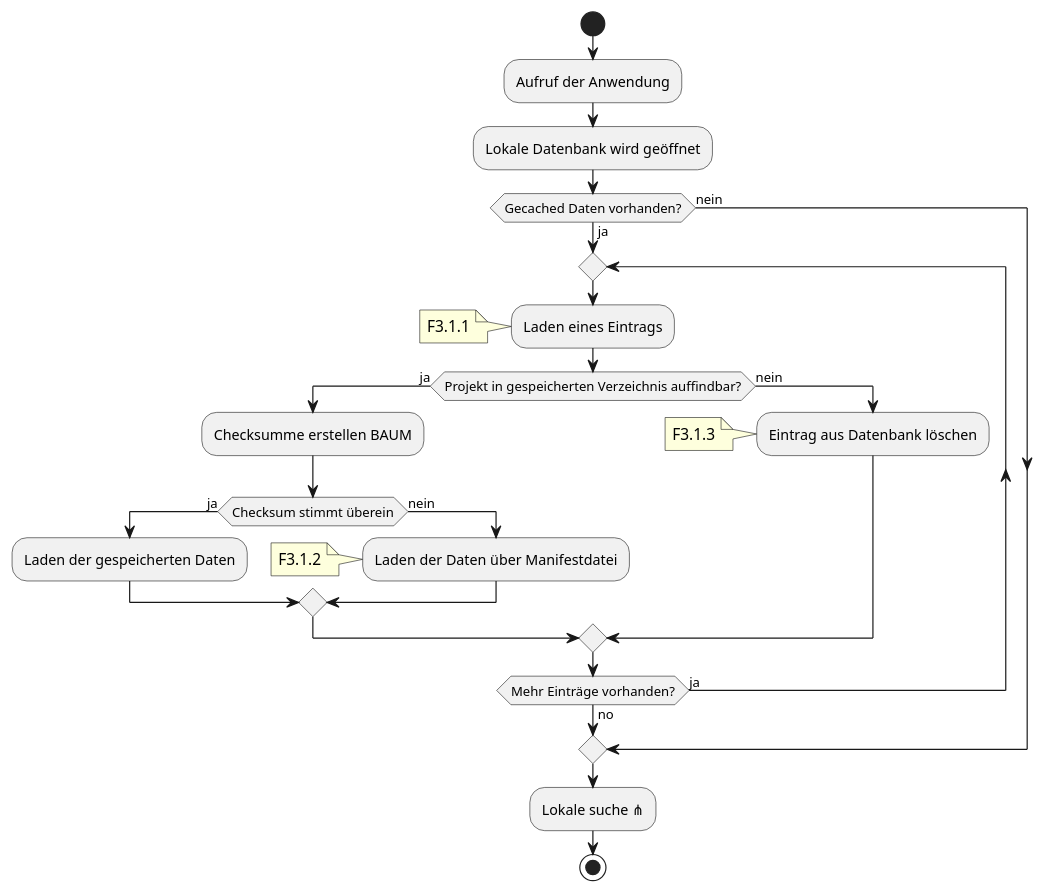
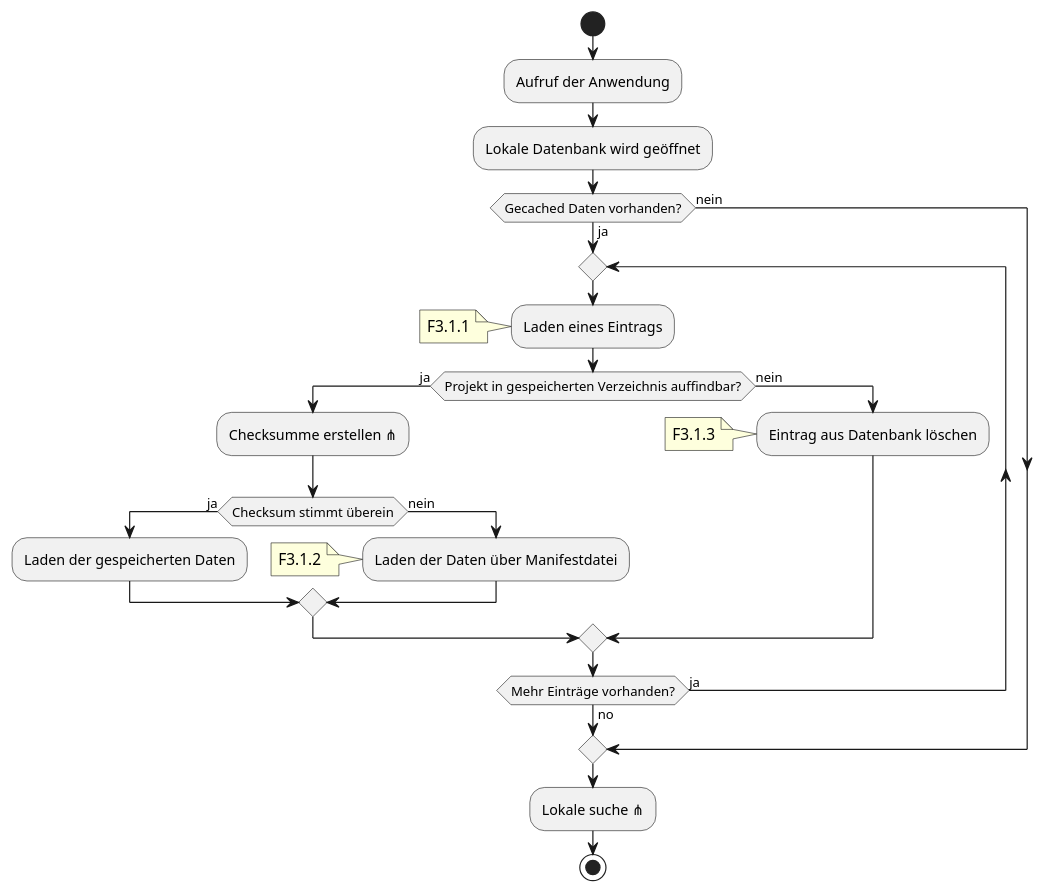
Diagram 12 of 20 in wiki/topics/Inkremente/00/Anforderungsanalyse.md (SoftwareEngineeringOne/wiki), drawn with PlantUML before and after one commit. The commit also changed other lines of this file, not shown here.

````diff
--- a/wiki/topics/Inkremente/00/Anforderungsanalyse.md
+++ b/wiki/topics/Inkremente/00/Anforderungsanalyse.md
@@ -435,29 +435,29 @@
 ```plantuml
 @startuml
 start
 :Aufruf der Anwendung;
 :Lokale Datenbank wird geöffnet;
 if(Gecached Daten vorhanden?) then (ja)
     repeat
         :Laden eines Eintrags;
         note: F3.1.1
         if(Projekt in gespeicherten Verzeichnis auffindbar?) then (ja)
-            :Checksumme erstellen BAUM;
+            :Checksumme erstellen ⋔;
             if(Checksum stimmt überein) then (ja)
                 :Laden der gespeicherten Daten;
             else (nein)
                 :Laden der Daten über Manifestdatei;
                 note: F3.1.2
             endif
         else (nein)
             :Eintrag aus Datenbank löschen;
             note: F3.1.3
         endif
     repeat while (Mehr Einträge vorhanden?) is (ja) not (no)
 
 else (nein)
 endif
 :Lokale suche ⋔;
 stop
 @enduml
 ```
````
